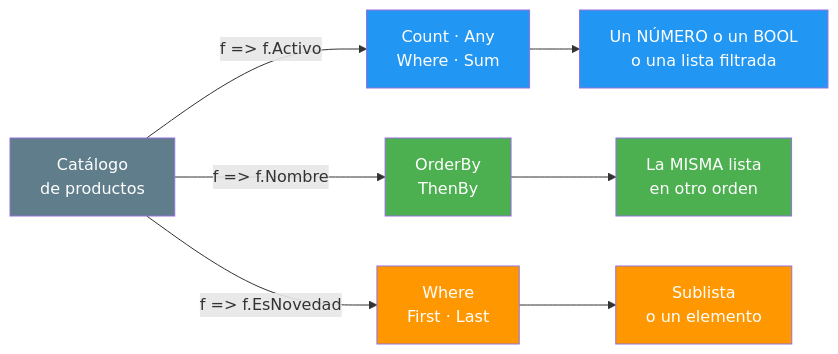
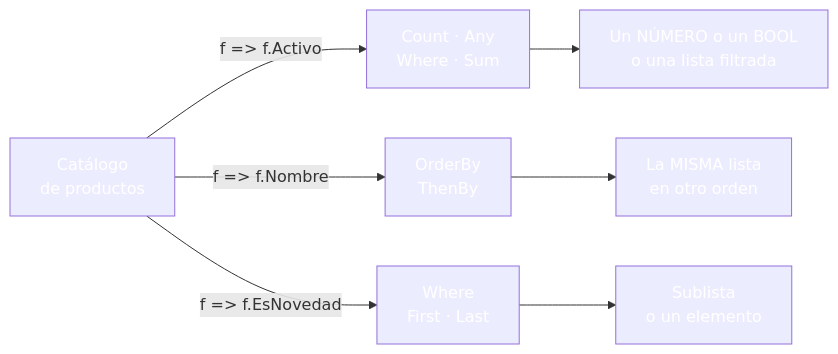
Before and after one commit to joseluisgs/DesarrolloWebEntornosServidor-03-2026-2027: the third of 4 diagrams in 04-funciones-metodos.md, drawn with Mermaid. The commit also changed other lines of this file and 30 other files, not shown here.

````diff
--- a/04-funciones-metodos.md
+++ b/04-funciones-metodos.md
@@ -383,18 +383,18 @@
 ```mermaid
 graph LR
     A["Catálogo<br/>de productos"] -->|"f => f.Activo"| B["Count · Any<br/>Where · Sum"]
     A -->|"f => f.Nombre"| C["OrderBy<br/>ThenBy"]
     A -->|"f => f.EsNovedad"| D["Where<br/>First · Last"]
 
     B --> E["Un NÚMERO o un BOOL<br/>o una lista filtrada"]
     C --> F["La MISMA lista<br/>en otro orden"]
     D --> G["Sublista<br/>o un elemento"]
 
-    style A fill:#607D8B,color:#fff
-    style B fill:#2196F3,color:#fff
-    style C fill:#4CAF50,color:#fff
-    style D fill:#FF9800,color:#fff
-    style E fill:#2196F3,color:#fff
-    style F fill:#4CAF50,color:#fff
-    style G fill:#FF9800,color:#fff
+    style A fill:#607D8,color:#fffB,color:#fff
+    style B fill:#2196F,color:#fff3,color:#fff
+    style C fill:#4CAF5,color:#fff0,color:#fff
+    style D fill:#FF980,color:#fff0,color:#fff
+    style E fill:#2196F,color:#fff3,color:#fff
+    style F fill:#4CAF5,color:#fff0,color:#fff
+    style G fill:#FF980,color:#fff0,color:#fff
 ```
````
